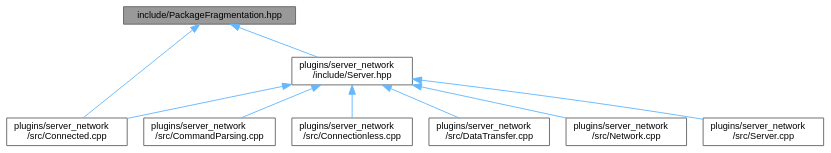
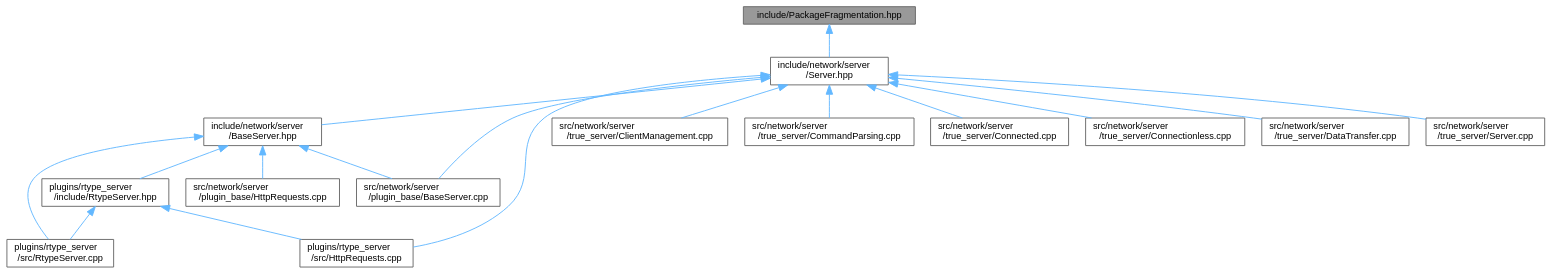
One commit to sami-hmr/R-Type changed the diagram in PackageFragmentation_8hpp__dep__incl.dot. Above: the diagram before and after it, drawn with Graphviz. The commit also changed 2326 other files, not shown here.

```diff
--- a/PackageFragmentation_8hpp__dep__incl.dot
+++ b/PackageFragmentation_8hpp__dep__incl.dot
@@ -1,24 +1,38 @@
 digraph "include/PackageFragmentation.hpp"
 {
  // INTERACTIVE_SVG=YES
  // LATEX_PDF_SIZE
   bgcolor="transparent";
   edge [fontname=Helvetica,fontsize=10,labelfontname=Helvetica,labelfontsize=10];
   node [fontname=Helvetica,fontsize=10,shape=box,height=0.2,width=0.4];
   Node1 [id="Node000001",label="include/PackageFragmentation.hpp",height=0.2,width=0.4,color="gray40", fillcolor="grey60", style="filled", fontcolor="black",tooltip=" "];
   Node1 -> Node2 [id="edge1_Node000001_Node000002",dir="back",color="steelblue1",style="solid",tooltip=" "];
-  Node2 [id="Node000002",label="plugins/server_network\l/include/Server.hpp",height=0.2,width=0.4,color="grey40", fillcolor="white", style="filled",URL="$Server_8hpp.html",tooltip=" "];
+  Node2 [id="Node000002",label="include/network/server\l/Server.hpp",height=0.2,width=0.4,color="grey40", fillcolor="white", style="filled",URL="$Server_8hpp.html",tooltip=" "];
   Node2 -> Node3 [id="edge2_Node000002_Node000003",dir="back",color="steelblue1",style="solid",tooltip=" "];
-  Node3 [id="Node000003",label="plugins/server_network\l/src/CommandParsing.cpp",height=0.2,width=0.4,color="grey40", fillcolor="white", style="filled",URL="$server__network_2src_2CommandParsing_8cpp.html",tooltip=" "];
-  Node2 -> Node4 [id="edge3_Node000002_Node000004",dir="back",color="steelblue1",style="solid",tooltip=" "];
-  Node4 [id="Node000004",label="plugins/server_network\l/src/Connected.cpp",height=0.2,width=0.4,color="grey40", fillcolor="white", style="filled",URL="$server__network_2src_2Connected_8cpp.html",tooltip=" "];
-  Node2 -> Node5 [id="edge4_Node000002_Node000005",dir="back",color="steelblue1",style="solid",tooltip=" "];
-  Node5 [id="Node000005",label="plugins/server_network\l/src/Connectionless.cpp",height=0.2,width=0.4,color="grey40", fillcolor="white", style="filled",URL="$server__network_2src_2Connectionless_8cpp.html",tooltip=" "];
-  Node2 -> Node6 [id="edge5_Node000002_Node000006",dir="back",color="steelblue1",style="solid",tooltip=" "];
-  Node6 [id="Node000006",label="plugins/server_network\l/src/DataTransfer.cpp",height=0.2,width=0.4,color="grey40", fillcolor="white", style="filled",URL="$server__network_2src_2DataTransfer_8cpp.html",tooltip=" "];
-  Node2 -> Node7 [id="edge6_Node000002_Node000007",dir="back",color="steelblue1",style="solid",tooltip=" "];
-  Node7 [id="Node000007",label="plugins/server_network\l/src/Network.cpp",height=0.2,width=0.4,color="grey40", fillcolor="white", style="filled",URL="$server__network_2src_2Network_8cpp.html",tooltip=" "];
-  Node2 -> Node8 [id="edge7_Node000002_Node000008",dir="back",color="steelblue1",style="solid",tooltip=" "];
-  Node8 [id="Node000008",label="plugins/server_network\l/src/Server.cpp",height=0.2,width=0.4,color="grey40", fillcolor="white", style="filled",URL="$Server_8cpp.html",tooltip=" "];
-  Node1 -> Node4 [id="edge8_Node000001_Node000004",dir="back",color="steelblue1",style="solid",tooltip=" "];
+  Node3 [id="Node000003",label="include/network/server\l/BaseServer.hpp",height=0.2,width=0.4,color="grey40", fillcolor="white", style="filled",URL="$BaseServer_8hpp.html",tooltip=" "];
+  Node3 -> Node4 [id="edge3_Node000003_Node000004",dir="back",color="steelblue1",style="solid",tooltip=" "];
+  Node4 [id="Node000004",label="plugins/rtype_server\l/include/RtypeServer.hpp",height=0.2,width=0.4,color="grey40", fillcolor="white", style="filled",URL="$RtypeServer_8hpp.html",tooltip=" "];
+  Node4 -> Node5 [id="edge4_Node000004_Node000005",dir="back",color="steelblue1",style="solid",tooltip=" "];
+  Node5 [id="Node000005",label="plugins/rtype_server\l/src/HttpRequests.cpp",height=0.2,width=0.4,color="grey40", fillcolor="white", style="filled",URL="$plugins_2rtype__server_2src_2HttpRequests_8cpp.html",tooltip=" "];
+  Node4 -> Node6 [id="edge5_Node000004_Node000006",dir="back",color="steelblue1",style="solid",tooltip=" "];
+  Node6 [id="Node000006",label="plugins/rtype_server\l/src/RtypeServer.cpp",height=0.2,width=0.4,color="grey40", fillcolor="white", style="filled",URL="$RtypeServer_8cpp.html",tooltip=" "];
+  Node3 -> Node6 [id="edge6_Node000003_Node000006",dir="back",color="steelblue1",style="solid",tooltip=" "];
+  Node3 -> Node7 [id="edge7_Node000003_Node000007",dir="back",color="steelblue1",style="solid",tooltip=" "];
+  Node7 [id="Node000007",label="src/network/server\l/plugin_base/BaseServer.cpp",height=0.2,width=0.4,color="grey40", fillcolor="white", style="filled",URL="$BaseServer_8cpp.html",tooltip=" "];
+  Node3 -> Node8 [id="edge8_Node000003_Node000008",dir="back",color="steelblue1",style="solid",tooltip=" "];
+  Node8 [id="Node000008",label="src/network/server\l/plugin_base/HttpRequests.cpp",height=0.2,width=0.4,color="grey40", fillcolor="white", style="filled",URL="$src_2network_2server_2plugin__base_2HttpRequests_8cpp.html",tooltip=" "];
+  Node2 -> Node5 [id="edge9_Node000002_Node000005",dir="back",color="steelblue1",style="solid",tooltip=" "];
+  Node2 -> Node7 [id="edge10_Node000002_Node000007",dir="back",color="steelblue1",style="solid",tooltip=" "];
+  Node2 -> Node9 [id="edge11_Node000002_Node000009",dir="back",color="steelblue1",style="solid",tooltip=" "];
+  Node9 [id="Node000009",label="src/network/server\l/true_server/ClientManagement.cpp",height=0.2,width=0.4,color="grey40", fillcolor="white", style="filled",URL="$ClientManagement_8cpp.html",tooltip=" "];
+  Node2 -> Node10 [id="edge12_Node000002_Node000010",dir="back",color="steelblue1",style="solid",tooltip=" "];
+  Node10 [id="Node000010",label="src/network/server\l/true_server/CommandParsing.cpp",height=0.2,width=0.4,color="grey40", fillcolor="white", style="filled",URL="$server_2true__server_2CommandParsing_8cpp.html",tooltip=" "];
+  Node2 -> Node11 [id="edge13_Node000002_Node000011",dir="back",color="steelblue1",style="solid",tooltip=" "];
+  Node11 [id="Node000011",label="src/network/server\l/true_server/Connected.cpp",height=0.2,width=0.4,color="grey40", fillcolor="white", style="filled",URL="$server_2true__server_2Connected_8cpp.html",tooltip=" "];
+  Node2 -> Node12 [id="edge14_Node000002_Node000012",dir="back",color="steelblue1",style="solid",tooltip=" "];
+  Node12 [id="Node000012",label="src/network/server\l/true_server/Connectionless.cpp",height=0.2,width=0.4,color="grey40", fillcolor="white", style="filled",URL="$server_2true__server_2Connectionless_8cpp.html",tooltip=" "];
+  Node2 -> Node13 [id="edge15_Node000002_Node000013",dir="back",color="steelblue1",style="solid",tooltip=" "];
+  Node13 [id="Node000013",label="src/network/server\l/true_server/DataTransfer.cpp",height=0.2,width=0.4,color="grey40", fillcolor="white", style="filled",URL="$server_2true__server_2DataTransfer_8cpp.html",tooltip=" "];
+  Node2 -> Node14 [id="edge16_Node000002_Node000014",dir="back",color="steelblue1",style="solid",tooltip=" "];
+  Node14 [id="Node000014",label="src/network/server\l/true_server/Server.cpp",height=0.2,width=0.4,color="grey40", fillcolor="white", style="filled",URL="$Server_8cpp.html",tooltip=" "];
 }
```
